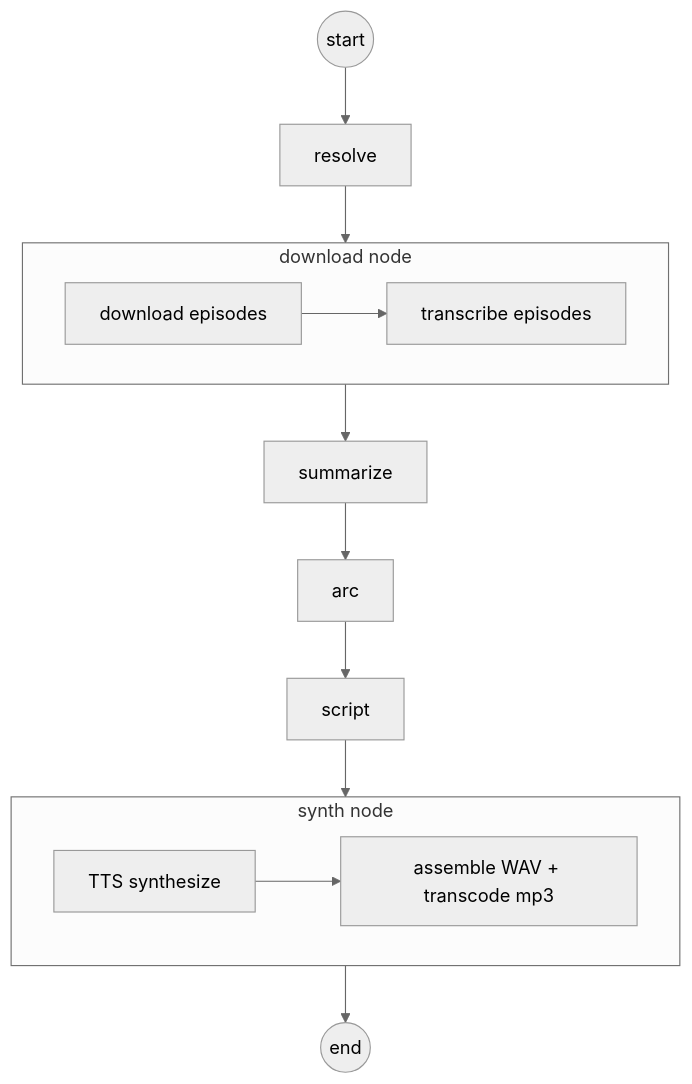
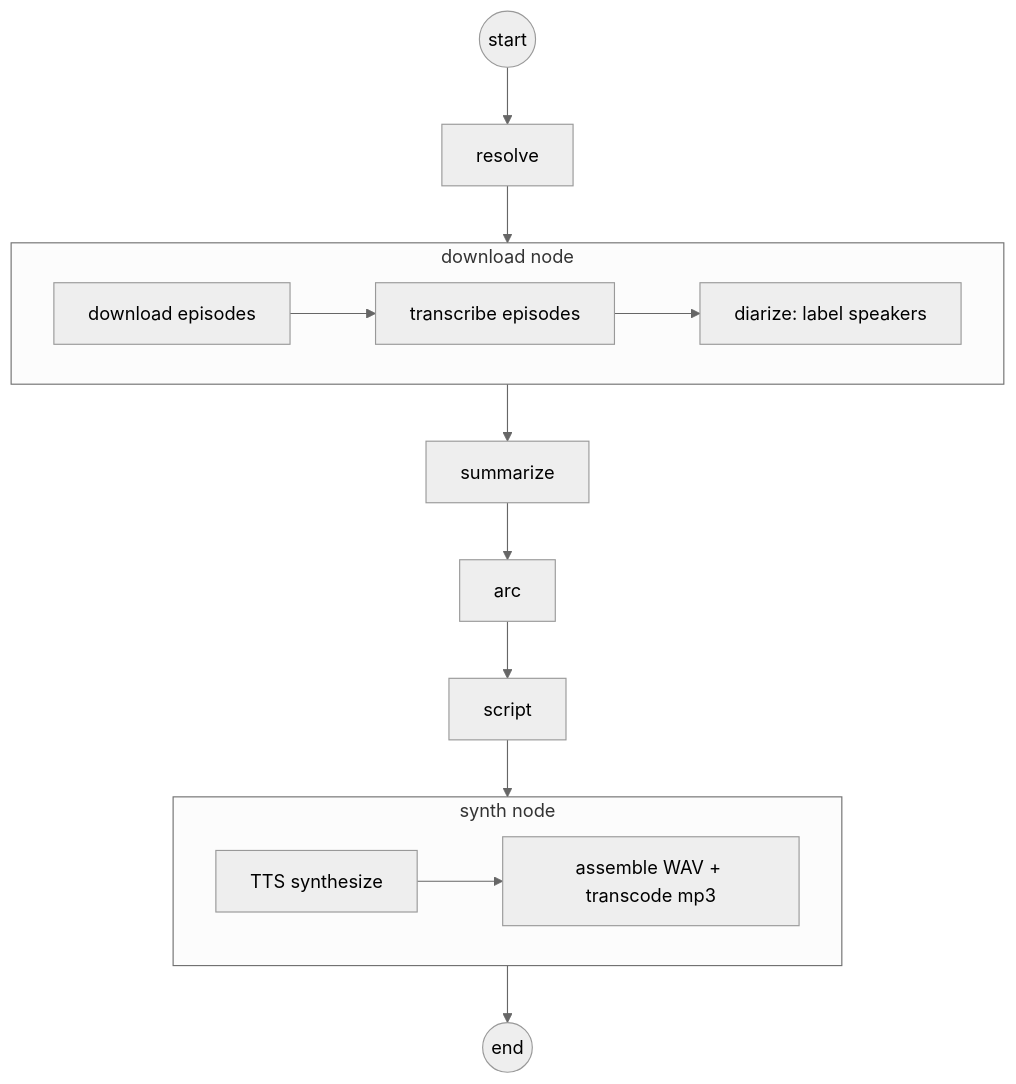
One commit to behradkhodayar/repodify changed the third of 3 diagrams in docs/architecture.md. Above: the diagram before and after it, drawn with Mermaid (neutral theme). The commit also changed other lines of this file and 23 other files, not shown here.

````diff
--- a/docs/architecture.md
+++ b/docs/architecture.md
@@ -126,17 +126,17 @@
 ```mermaid
 flowchart TD
     START((start)) --> R[resolve]
     R --> D[download node]
     D --> S[summarize]
     S --> AR[arc]
     AR --> SC[script]
     SC --> SY[synth node]
     SY --> END((end))
 
     subgraph D[download node]
-        d1[download episodes] --> d2[transcribe episodes]
+        d1[download episodes] --> d2[transcribe episodes] --> d3[diarize: label speakers]
     end
     subgraph SY[synth node]
         y1[TTS synthesize] --> y2[assemble WAV + transcode mp3]
     end
 ```
````
